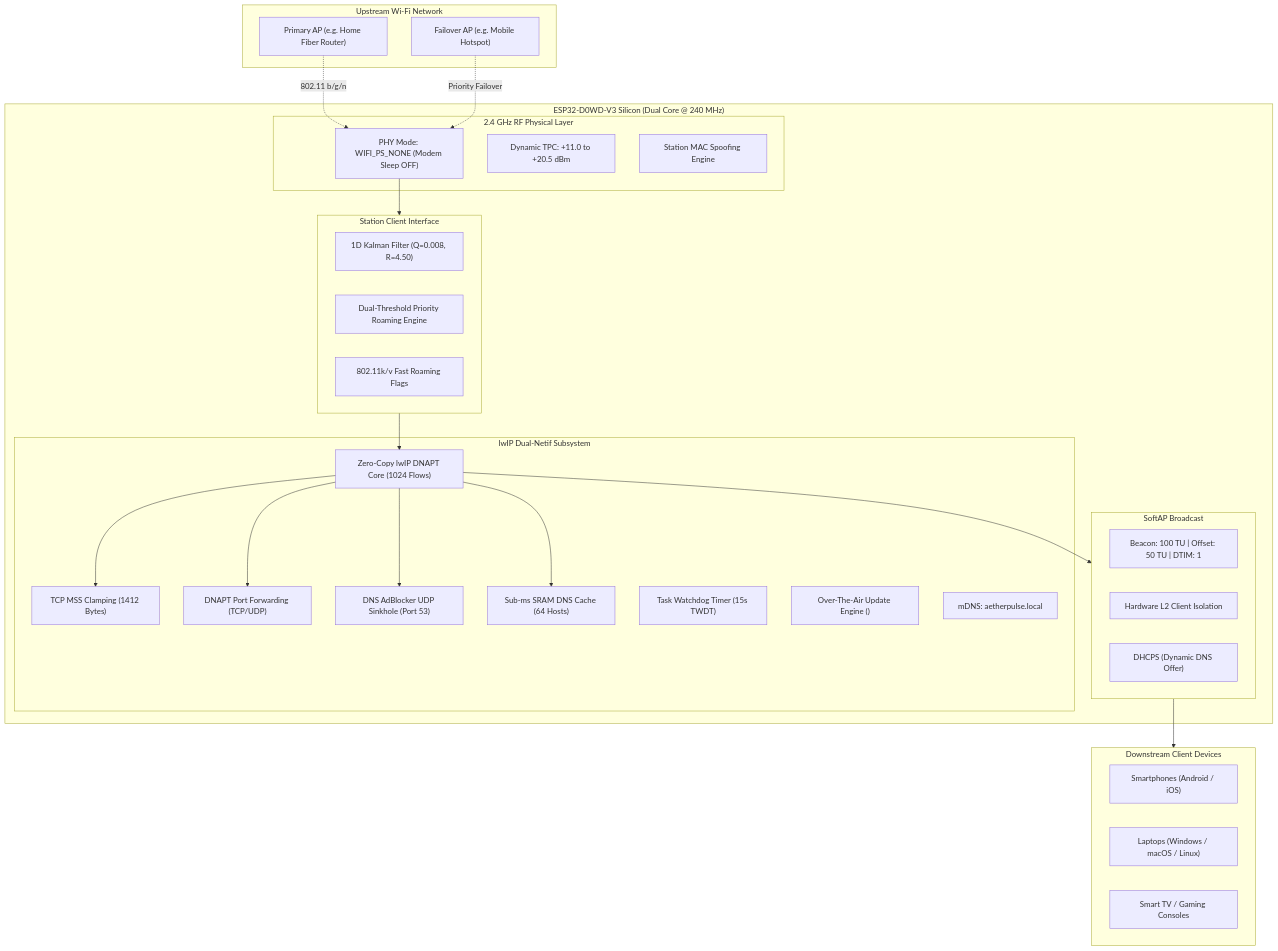
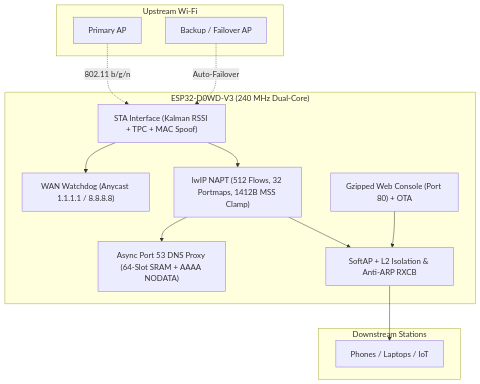
Before and after one commit to Itszeeshanrajput/AetherPulse-ESP32: the diagram in README.md, drawn with Mermaid. The commit also changed other lines of this file and 77 other files, not shown here.

````diff
--- a/README.md
+++ b/README.md
@@ -80,55 +77,29 @@
 ```mermaid
 flowchart TD
-    subgraph Uplink ["Upstream Wi-Fi Network"]
-        AP1["Primary AP (e.g. Home Fiber Router)"]
-        AP2["Failover AP (e.g. Mobile Hotspot)"]
+    subgraph Uplink ["Upstream Wi-Fi"]
+        AP1["Primary AP"]
+        AP2["Backup / Failover AP"]
     end
 
-    subgraph ESP32 ["ESP32-D0WD-V3 Silicon (Dual Core @ 240 MHz)"]
-        subgraph RF ["2.4 GHz RF Physical Layer"]
-            PHY["PHY Mode: WIFI_PS_NONE (Modem Sleep OFF)"]
-            TPC["Dynamic TPC: +11.0 to +20.5 dBm"]
-            MAC["Station MAC Spoofing Engine"]
-        end
-
-        subgraph STA ["Station Client Interface"]
-            KF["1D Kalman Filter (Q=0.008, R=4.50)"]
-            ROAM["Dual-Threshold Priority Roaming Engine"]
-            FAST["802.11k/v Fast Roaming Flags"]
-        end
-
-        subgraph L3 ["lwIP Dual-Netif Subsystem"]
-            NAPT["Zero-Copy lwIP DNAPT Core (1024 Flows)"]
-            MSS["TCP MSS Clamping (1412 Bytes)"]
-            PORTMAP["DNAPT Port Forwarding (TCP/UDP)"]
-            ADBLK["DNS AdBlocker UDP Sinkhole (Port 53)"]
-            DNSC["Sub-ms SRAM DNS Cache (64 Hosts)"]
-            WDT["Task Watchdog Timer (15s TWDT)"]
-            OTA["Over-The-Air Update Engine (<Update.h>)"]
-            MDNS["mDNS: aetherpulse.local"]
-        end
-
-        subgraph SoftAP ["SoftAP Broadcast"]
-            CFG["Beacon: 100 TU | Offset: 50 TU | DTIM: 1"]
-            ISO["Hardware L2 Client Isolation"]
-            DHCP["DHCPS (Dynamic DNS Offer)"]
-        end
+    subgraph ESP32 ["ESP32-D0WD-V3 (240 MHz Dual-Core)"]
+        STA["STA Interface (Kalman RSSI + TPC + MAC Spoof)"]
+        WD["WAN Watchdog (Anycast 1.1.1.1 / 8.8.8.8)"]
+        NAPT["lwIP NAPT (512 Flows, 32 Portmaps, 1412B MSS Clamp)"]
+        DNS["Async Port 53 DNS Proxy (64-Slot SRAM + AAAA NODATA)"]
+        AP["SoftAP + L2 Isolation & Anti-ARP RXCB"]
+        WEB["Gzipped Web Console (Port 80) + OTA"]
     end
 
-    subgraph Clients ["Downstream Client Devices"]
-        Mobile["Smartphones (Android / iOS)"]
-        Laptop["Laptops (Windows / macOS / Linux)"]
-        IoT["Smart TV / Gaming Consoles"]
+    subgraph Clients ["Downstream Stations"]
+        DEV["Phones / Laptops / IoT"]
     end
 
-    AP1 -.->|802.11 b/g/n| PHY
-    AP2 -.->|Priority Failover| PHY
-    PHY --> STA
+    AP1 -.->|802.11 b/g/n| STA
+    AP2 -.->|Auto-Failover| STA
+    STA --> WD
     STA --> NAPT
-    NAPT --> MSS
-    NAPT --> PORTMAP
-    NAPT --> ADBLK
-    NAPT --> DNSC
-    NAPT --> SoftAP
-    SoftAP --> Clients
+    NAPT --> DNS
+    NAPT --> AP
+    WEB --> AP
+    AP --> DEV
 ```
````
